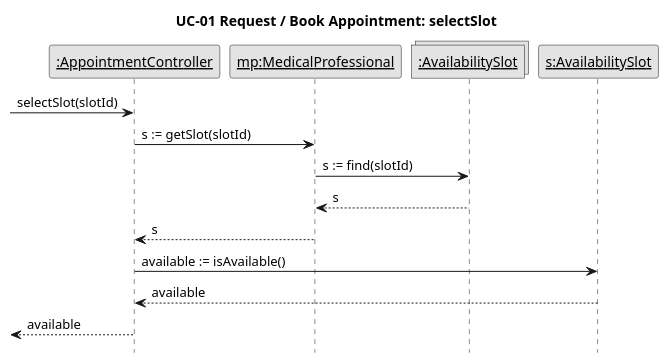
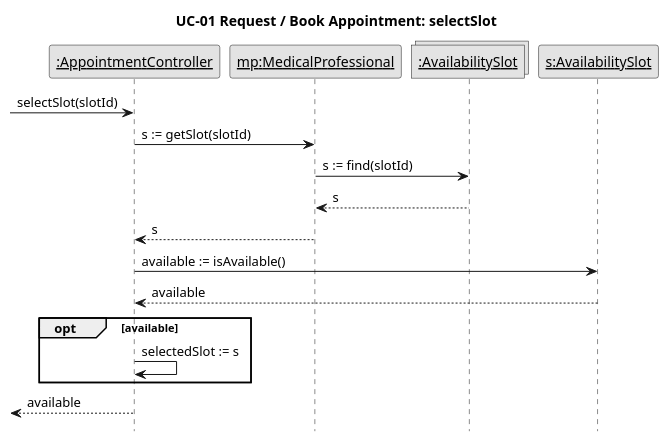
Before and after one commit to oumaymabennamoun/SOEN342-project: the diagram in Iteration2/InteractionDiagrams/SD_UC01b_selectSlot.puml, drawn with PlantUML. The commit also changed 11 other files, not shown here.

Commit message:
Update class diagram and sequence diagrams for Iteration 2 to match them

```diff
--- a/Iteration2/InteractionDiagrams/SD_UC01b_selectSlot.puml
+++ b/Iteration2/InteractionDiagrams/SD_UC01b_selectSlot.puml
@@ -1,22 +1,25 @@
 @startuml
 skinparam monochrome true
 skinparam shadowing false
 skinparam defaultFontName Arial
 skinparam sequenceMessageAlign left
 hide footbox
 title UC-01 Request / Book Appointment: selectSlot
 
 participant "<u>:AppointmentController</u>" as Ctrl
 participant "<u>mp:MedicalProfessional</u>" as MP
 collections "<u>:AvailabilitySlot</u>" as Ss
 participant "<u>s:AvailabilitySlot</u>" as S
 
 [-> Ctrl : selectSlot(slotId)
 Ctrl -> MP : s := getSlot(slotId)
 MP -> Ss : s := find(slotId)
 Ss --> MP : s
 MP --> Ctrl : s
 Ctrl -> S : available := isAvailable()
 S --> Ctrl : available
+opt available
+  Ctrl -> Ctrl : selectedSlot := s
+end
 [<-- Ctrl : available
 @enduml
```
